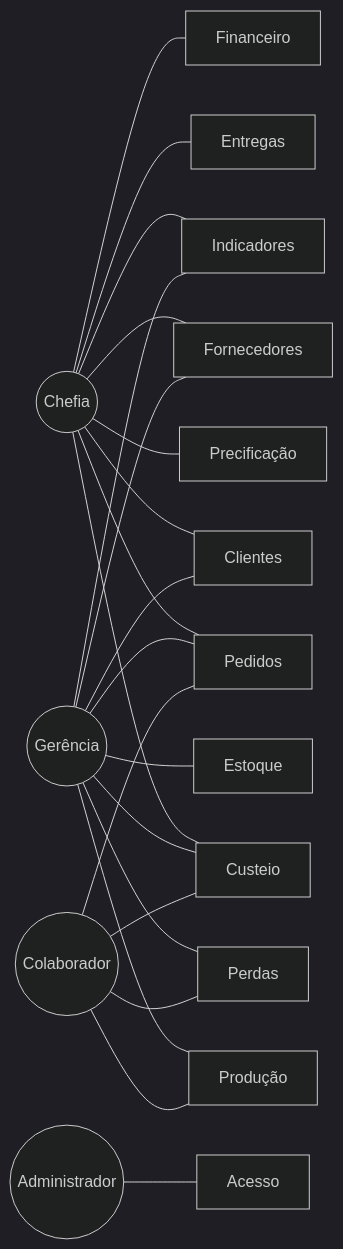
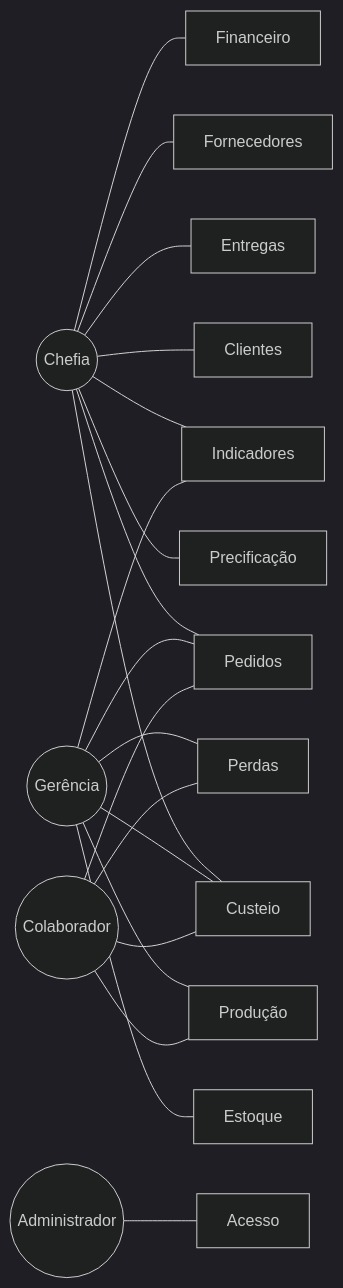
The first of 5 diagrams in docs/engenharia/C-modelagem/C1-diagrama-casos-de-uso.md (JoaoMudar/mudar), drawn with Mermaid (dark theme) before and after one commit. The commit also changed other lines of this file and 52 other files, not shown here.

````diff
--- a/docs/engenharia/C-modelagem/C1-diagrama-casos-de-uso.md
+++ b/docs/engenharia/C-modelagem/C1-diagrama-casos-de-uso.md
@@ -40,45 +40,43 @@
 ```mermaid
 graph LR
   CH(("Chefia"))
   GE(("Gerência"))
   CO(("Colaborador"))
   AD(("Administrador"))
 
   S1["Custeio"]
   S2["Produção"]
   S3["Estoque"]
   S4["Perdas"]
   S5["Precificação"]
   S6["Clientes"]
   S7["Pedidos"]
   S8["Entregas"]
   S9["Fornecedores"]
   S10["Financeiro"]
   S11["Indicadores"]
   S12["Acesso"]
 
   CH --- S1
   CH --- S5
   CH --- S6
   CH --- S7
   CH --- S8
   CH --- S9
   CH --- S10
   CH --- S11
 
   GE --- S1
   GE --- S2
   GE --- S3
   GE --- S4
-  GE --- S6
   GE --- S7
-  GE --- S9
   GE --- S11
 
   CO --- S1
   CO --- S2
   CO --- S4
   CO --- S7
 
   AD --- S12
 ```
````
